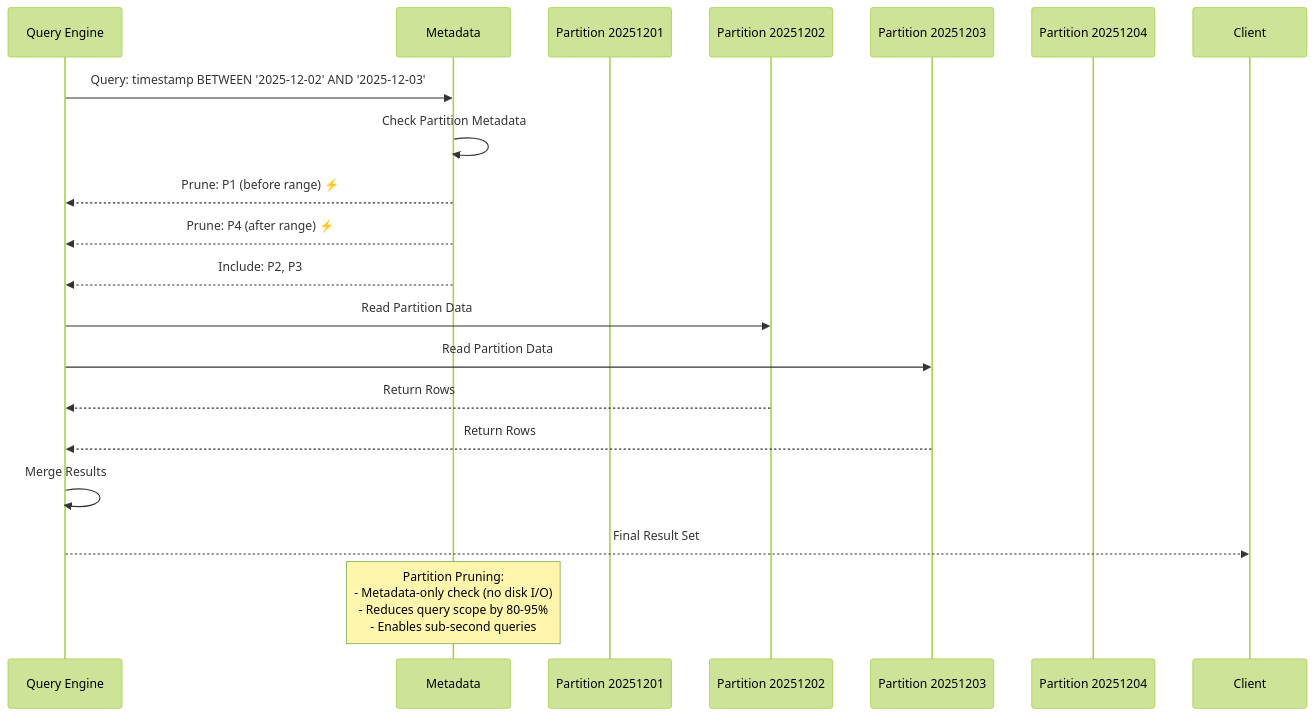
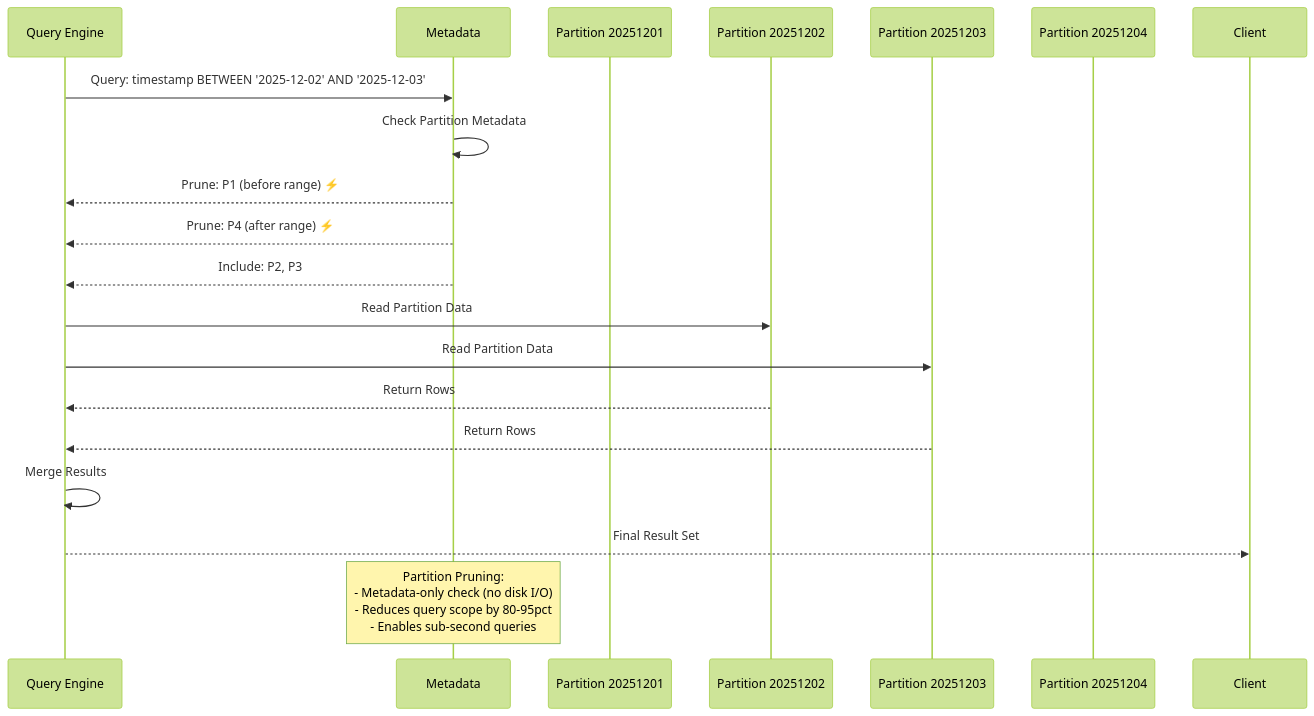
Before and after one commit to telemetryflow/telemetryflow-overview: diagram 24 of 54 in architecture/05-PERFORMANCE.md, drawn with Mermaid (forest theme). The commit also changed other lines of this file and 68 other files, not shown here.

````diff
--- a/architecture/05-PERFORMANCE.md
+++ b/architecture/05-PERFORMANCE.md
@@ -949,27 +955,27 @@
 ```mermaid
 sequenceDiagram
     participant Q as Query Engine
     participant M as Metadata
     participant P1 as Partition 20251201
     participant P2 as Partition 20251202
     participant P3 as Partition 20251203
     participant P4 as Partition 20251204
 
     Q->>M: Query: timestamp BETWEEN '2025-12-02' AND '2025-12-03'
     M->>M: Check Partition Metadata
 
     M-->>Q: Prune: P1 (before range) ⚡
     M-->>Q: Prune: P4 (after range) ⚡
     M-->>Q: Include: P2, P3
 
     Q->>P2: Read Partition Data
     Q->>P3: Read Partition Data
 
     P2-->>Q: Return Rows
     P3-->>Q: Return Rows
 
     Q->>Q: Merge Results
     Q-->>Client: Final Result Set
 
-    Note over M: Partition Pruning:<br/>- Metadata-only check (no disk I/O)<br/>- Reduces query scope by 80-95%<br/>- Enables sub-second queries
+    Note over M: Partition Pruning:<br/>- Metadata-only check (no disk I/O)<br/>- Reduces query scope by 80-95pct<br/>- Enables sub-second queries
 ```
````
